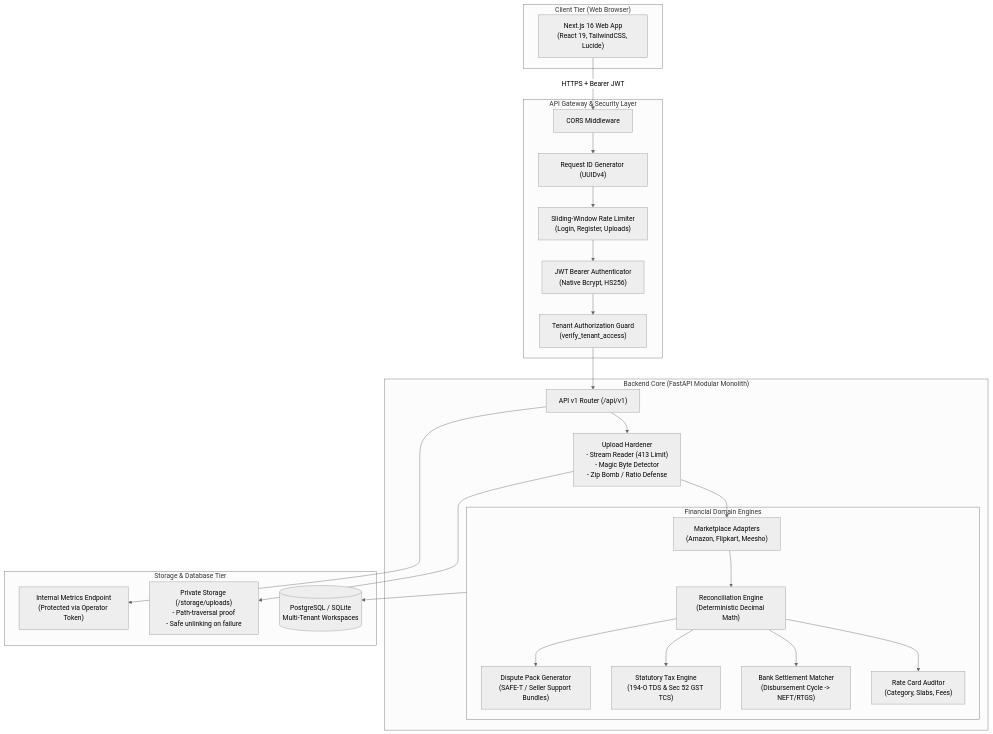
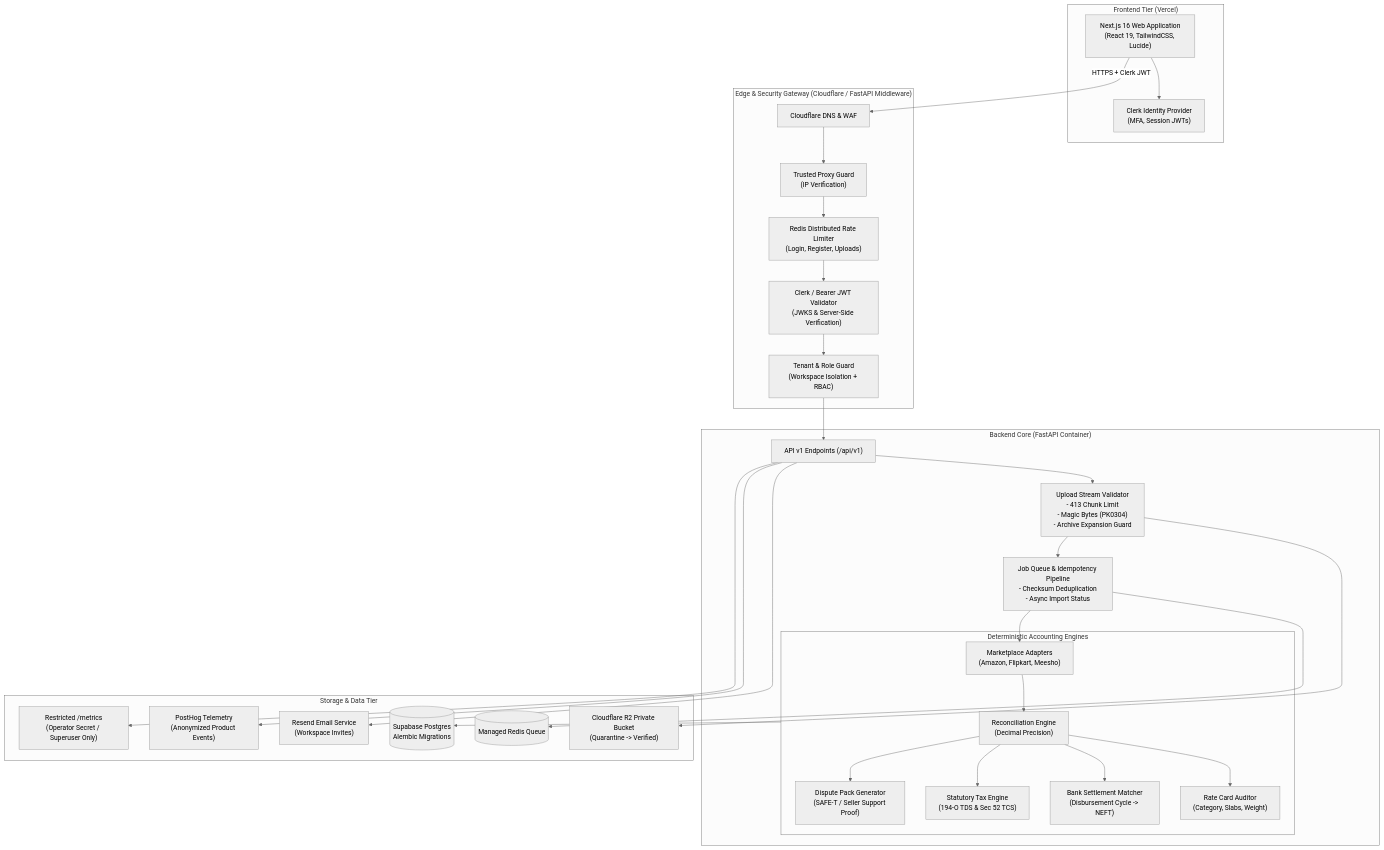
One commit to techmuthal-cloud/SaaS changed the diagram in docs/ARCHITECTURE.md. Above: the diagram before and after it, drawn with Mermaid (neutral theme). The commit also changed other lines of this file and 14 other files, not shown here.

Commit message:
feat(architecture): integrate Clerk, Supabase, R2, Redis limiter, anti-fabrication guards, and RBAC

````diff
--- a/docs/ARCHITECTURE.md
+++ b/docs/ARCHITECTURE.md
@@ -12,47 +37,57 @@
 ```mermaid
 flowchart TD
-    subgraph Client["Client Tier (Web Browser)"]
-        UI["Next.js 16 Web App\n(React 19, TailwindCSS, Lucide)"]
+    subgraph ClientLayer["Frontend Tier (Vercel)"]
+        UI["Next.js 16 Web Application\n(React 19, TailwindCSS, Lucide)"]
+        ClerkUI["Clerk Identity Provider\n(MFA, Session JWTs)"]
     end
 
-    subgraph SecurityEdge["API Gateway & Security Layer"]
-        CORS["CORS Middleware"]
-        ReqID["Request ID Generator (UUIDv4)"]
-        RateLimiter["Sliding-Window Rate Limiter\n(Login, Register, Uploads)"]
-        AuthFilter["JWT Bearer Authenticator\n(Native Bcrypt, HS256)"]
-        TenantGuard["Tenant Authorization Guard\n(verify_tenant_access)"]
+    subgraph EdgeLayer["Edge & Security Gateway (Cloudflare / FastAPI Middleware)"]
+        WAF["Cloudflare DNS & WAF"]
+        TrustedProxy["Trusted Proxy Guard\n(IP Verification)"]
+        RedisLimiter["Redis Distributed Rate Limiter\n(Login, Register, Uploads)"]
+        AuthFilter["Clerk / Bearer JWT Validator\n(JWKS & Server-Side Verification)"]
+        TenantGuard["Tenant & Role Guard\n(Workspace Isolation + RBAC)"]
     end
 
-    subgraph BackendAPI["Backend Core (FastAPI Modular Monolith)"]
-        Router["API v1 Router (/api/v1)"]
-        UploadHardener["Upload Hardener\n- Stream Reader (413 Limit)\n- Magic Byte Detector\n- Zip Bomb / Ratio Defense"]
+    subgraph BackendAPI["Backend Core (FastAPI Container)"]
+        Router["API v1 Endpoints (/api/v1)"]
+        UploadQuarantine["Upload Stream Validator\n- 413 Chunk Limit\n- Magic Bytes (PK0304)\n- Archive Expansion Guard"]
+        JobService["Job Queue & Idempotency Pipeline\n- Checksum Deduplication\n- Async Import Status"]
         
-        subgraph DomainServices["Financial Domain Engines"]
+        subgraph DomainEngines["Deterministic Accounting Engines"]
             Adapters["Marketplace Adapters\n(Amazon, Flipkart, Meesho)"]
-            ReconEngine["Reconciliation Engine\n(Deterministic Decimal Math)"]
-            RateCardSvc["Rate Card Auditor\n(Category, Slabs, Fees)"]
-            BankRecon["Bank Settlement Matcher\n(Disbursement Cycle -> NEFT/RTGS)"]
-            TaxSvc["Statutory Tax Engine\n(194-O TDS & Sec 52 GST TCS)"]
-            DisputeSvc["Dispute Pack Generator\n(SAFE-T / Seller Support Bundles)"]
+            ReconEngine["Reconciliation Engine\n(Decimal Precision)"]
+            RateCardSvc["Rate Card Auditor\n(Category, Slabs, Weight)"]
+            BankRecon["Bank Settlement Matcher\n(Disbursement Cycle -> NEFT)"]
+            TaxSvc["Statutory Tax Engine\n(194-O TDS & Sec 52 TCS)"]
+            DisputeSvc["Dispute Pack Generator\n(SAFE-T / Seller Support Proof)"]
         end
     end
 
-    subgraph Persistence["Storage & Database Tier"]
-        DB[(PostgreSQL / SQLite\nMulti-Tenant Workspaces)]
-        UploadStorage["Private Storage (/storage/uploads)\n- Path-traversal proof\n- Safe unlinking on failure"]
-        MetricsRoute["Internal Metrics Endpoint\n(Protected via Operator Token)"]
+    subgraph PersistenceLayer["Storage & Data Tier"]
+        DB[(Supabase Postgres\nAlembic Migrations)]
+        R2Storage["Cloudflare R2 Private Bucket\n(Quarantine -> Verified)"]
+        Redis[(Managed Redis Queue)]
+        ResendSvc["Resend Email Service\n(Workspace Invites)"]
+        PostHogSvc["PostHog Telemetry\n(Anonymized Product Events)"]
+        MetricsRoute["Restricted /metrics\n(Operator Secret / Superuser Only)"]
     end
 
-    UI -->|HTTPS + Bearer JWT| CORS
-    CORS --> ReqID --> RateLimiter --> AuthFilter --> TenantGuard --> Router
-    Router --> UploadHardener
-    UploadHardener --> Adapters
+    UI --> ClerkUI
+    UI -->|HTTPS + Clerk JWT| WAF
+    WAF --> TrustedProxy --> RedisLimiter --> AuthFilter --> TenantGuard --> Router
+    Router --> UploadQuarantine
+    UploadQuarantine --> R2Storage
+    UploadQuarantine --> JobService
+    JobService --> Redis
+    JobService --> Adapters
     Adapters --> ReconEngine
     ReconEngine --> RateCardSvc
     ReconEngine --> BankRecon
     ReconEngine --> TaxSvc
     ReconEngine --> DisputeSvc
-    DomainServices --> DB
-    UploadHardener --> UploadStorage
+    DomainEngines --> DB
+    Router --> ResendSvc
+    Router --> PostHogSvc
     Router --> MetricsRoute
 ```
````
